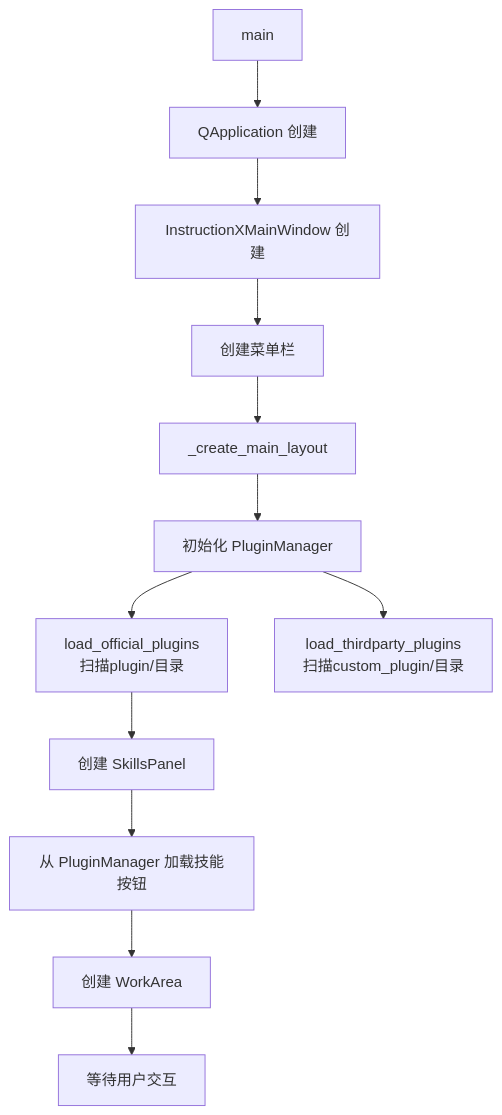
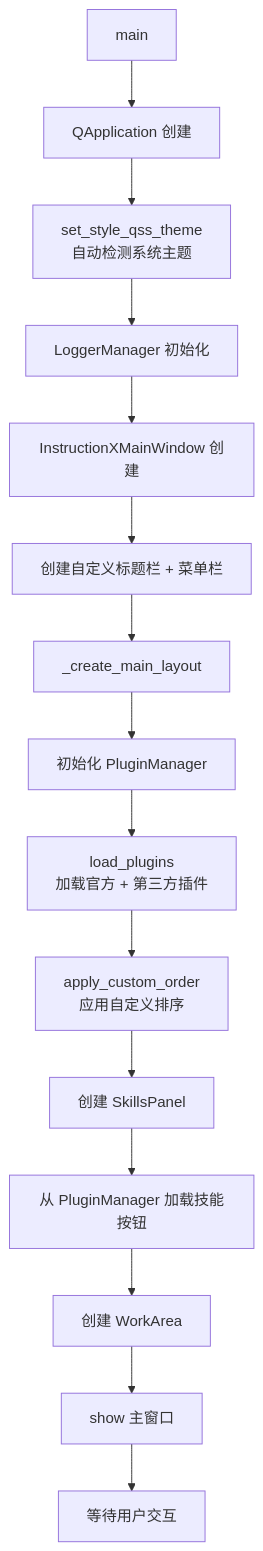
The fourth of 4 diagrams in docs/architecture/overview.md (KKPIP-Tech/InstructionX), drawn with Mermaid before and after one commit. The commit also changed other lines of this file and 3 other files, not shown here.

First line of the commit message:
docs(architecture): 重构文档结构，修正模块关系描述

````diff
--- a/docs/architecture/overview.md
+++ b/docs/architecture/overview.md
@@ -391,14 +414,17 @@
 ```mermaid
 flowchart TD
     A[main] --> B[QApplication 创建]
-    B --> C[InstructionXMainWindow 创建]
-    C --> D[创建菜单栏]
-    D --> E[_create_main_layout]
-    E --> E1[初始化 PluginManager]
-    E1 --> F[load_official_plugins<br/>扫描plugin/目录]
-    E1 --> G[load_thirdparty_plugins<br/>扫描custom_plugin/目录]
-    F --> H[创建 SkillsPanel]
+    B --> C[set_style_qss_theme<br/>自动检测系统主题]
+    C --> D[LoggerManager 初始化]
+    D --> E[InstructionXMainWindow 创建]
+    E --> F[创建自定义标题栏 + 菜单栏]
+    F --> G[_create_main_layout]
+    G --> G1[初始化 PluginManager]
+    G1 --> G2[load_plugins<br/>加载官方 + 第三方插件]
+    G2 --> G3[apply_custom_order<br/>应用自定义排序]
+    G3 --> H[创建 SkillsPanel]
     H --> I[从 PluginManager 加载技能按钮]
     I --> J[创建 WorkArea]
-    J --> K[等待用户交互]
+    J --> K[show 主窗口]
+    K --> L[等待用户交互]
 ```
````
